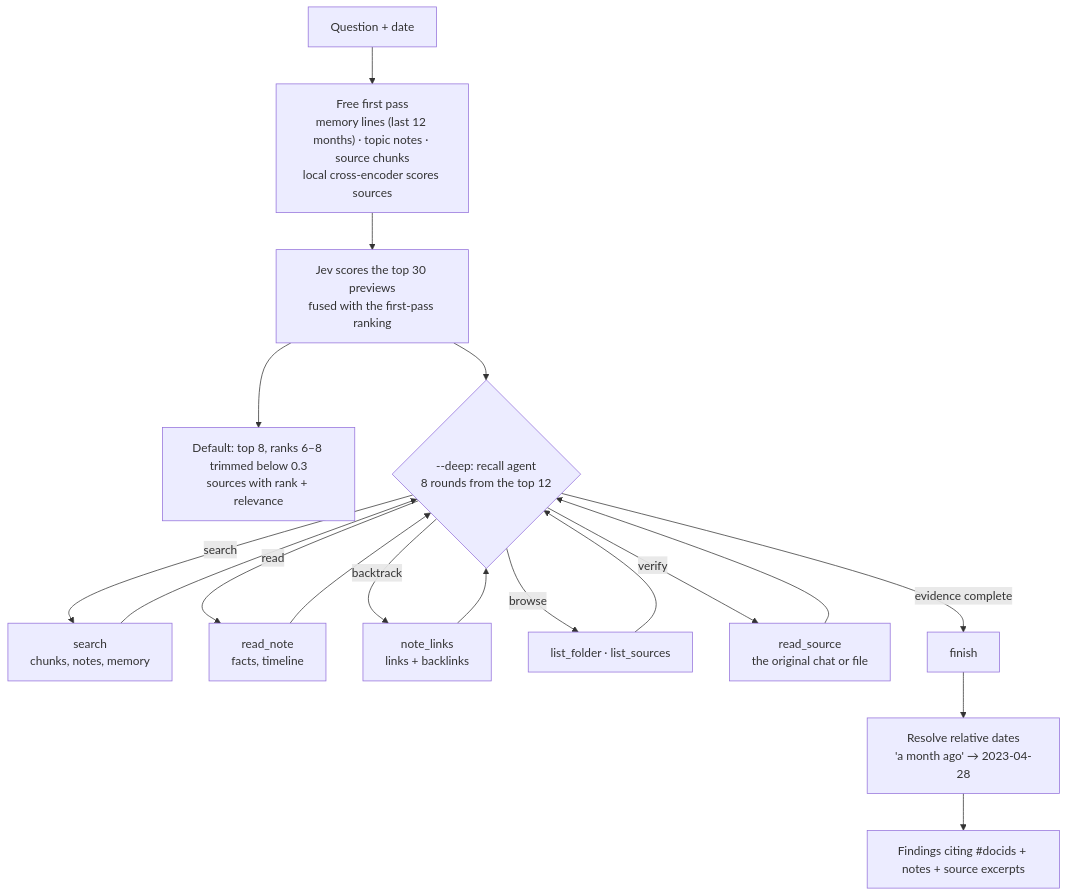
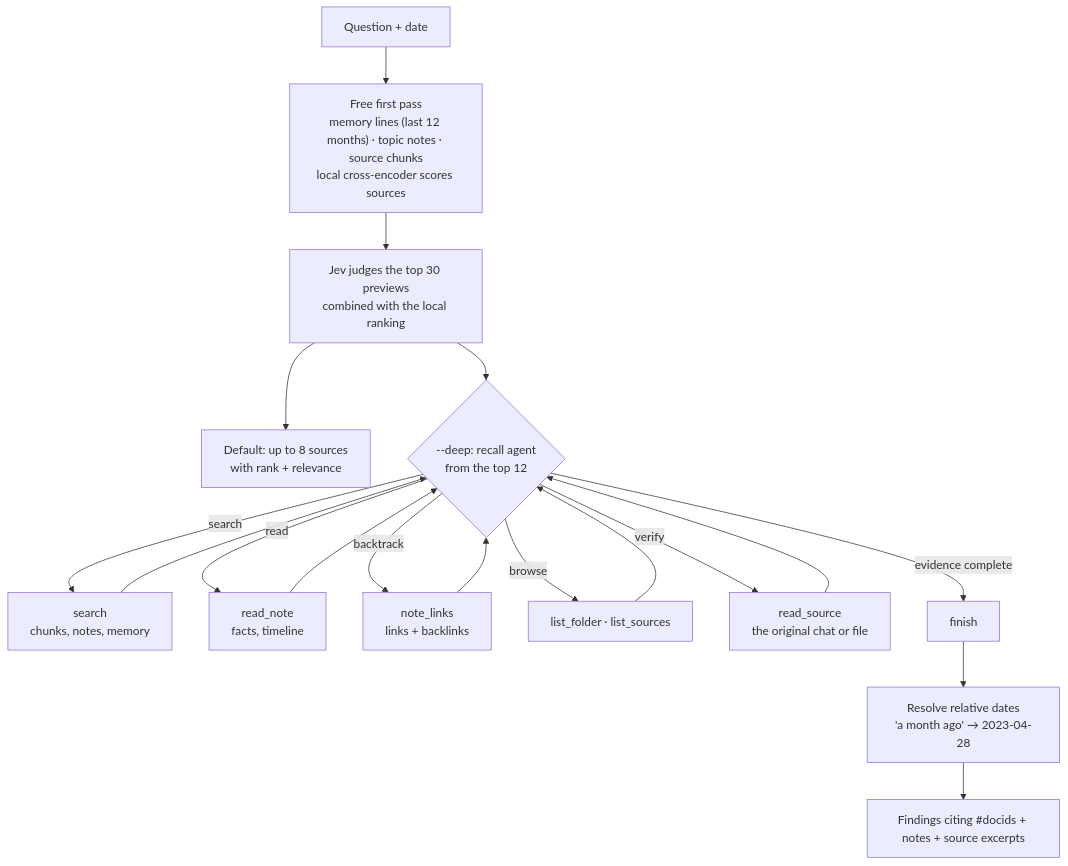
One commit to kushalsinha/kormem changed the third of 5 diagrams in README.md. Above: the diagram before and after it, drawn with Mermaid. The commit also changed other lines of this file and 4 other files, not shown here.

Commit message:
README: agent install prompt and Jev in the architecture; skill installs with npx skills

````diff
--- a/README.md
+++ b/README.md
@@ -294,16 +313,16 @@
 ```mermaid
 flowchart TB
   Q["Question + date"] --> FP["Free first pass<br/>memory lines (last 12 months) · topic notes · source chunks<br/>local cross-encoder scores sources"]
-  FP --> JV["Jev scores the top 30 previews<br/>fused with the first-pass ranking"]
-  JV --> DEF["Default: top 8, ranks 6–8 trimmed below 0.3<br/>sources with rank + relevance"]
-  JV --> AG{"--deep: recall agent<br/>8 rounds from the top 12"}
+  FP --> JV["Jev judges the top 30 previews<br/>combined with the local ranking"]
+  JV --> DEF["Default: up to 8 sources<br/>with rank + relevance"]
+  JV --> AG{"--deep: recall agent<br/>from the top 12"}
   AG -->|search| T1["search<br/>chunks, notes, memory"]
   AG -->|read| T2["read_note<br/>facts, timeline"]
   AG -->|backtrack| T3["note_links<br/>links + backlinks"]
   AG -->|browse| T4["list_folder · list_sources"]
   AG -->|verify| T5["read_source<br/>the original chat or file"]
   T1 & T2 & T3 & T4 & T5 --> AG
   AG -->|evidence complete| F["finish"]
   F --> TR["Resolve relative dates<br/>'a month ago' → 2023-04-28"]
   TR --> OUT["Findings citing #docids + notes + source excerpts"]
 ```
````
